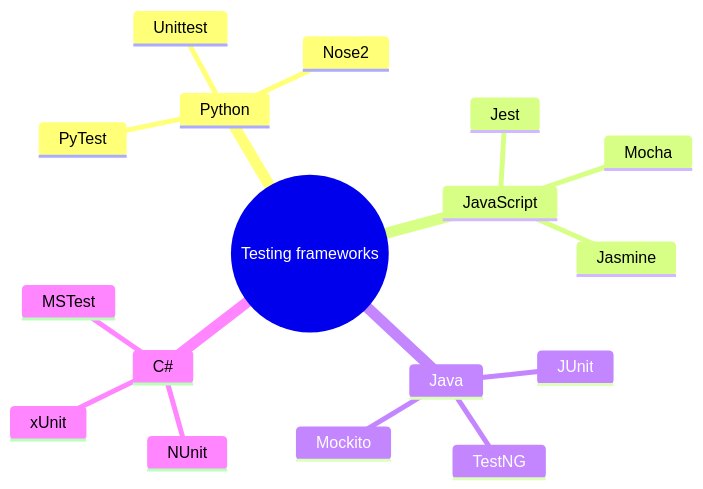
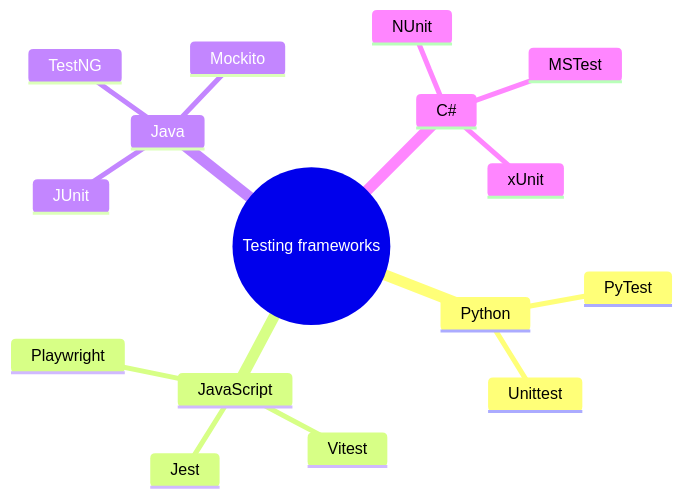
Before and after one commit to smagurauskas/software-engineering: the sixth of 7 diagrams in 07-testing.qmd, drawn with Mermaid. The commit also changed other lines of this file and 39 other files, not shown here.

````diff
--- a/07-testing.qmd
+++ b/07-testing.qmd
@@ -420,21 +409,19 @@
 ```{mermaid}
 mindmap
   root((Testing frameworks))
     Python
       PyTest
       Unittest
-      Nose2
     JavaScript
       Jest
-      Mocha
-      Jasmine
+      Vitest
+      Playwright
     Java
       JUnit
       TestNG
       Mockito
     C#
+      xUnit
       NUnit
       MSTest
-      xUnit
-
 ```
````
